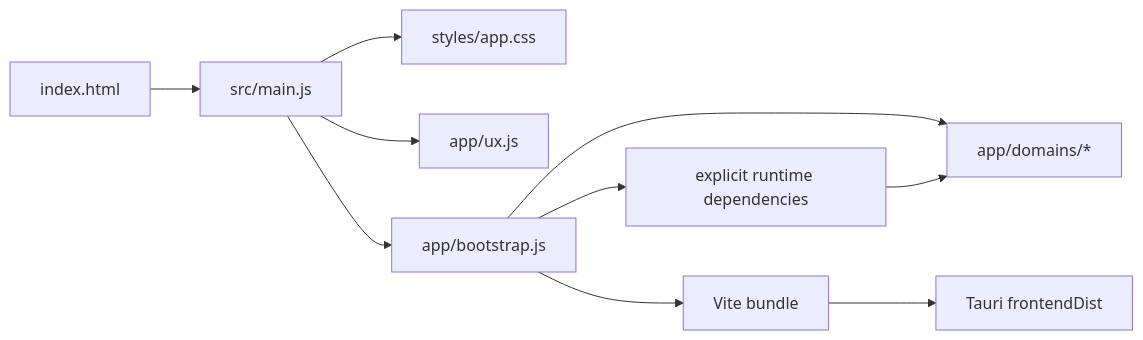
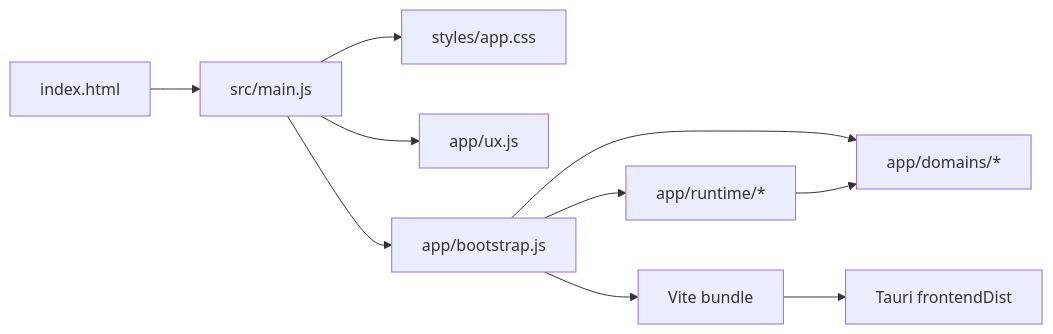
The diagram in docs/architecture.md (cbhandsun/https-proxy), drawn with Mermaid before and after one commit. The commit also changed other lines of this file and 14 other files, not shown here.

````diff
--- a/docs/architecture.md
+++ b/docs/architecture.md
@@ -37,12 +38,12 @@
 ```mermaid
 flowchart LR
   HTML["index.html"] --> Main["src/main.js"]
   Main --> Styles["styles/app.css"]
   Main --> UX["app/ux.js"]
   Main --> Bootstrap["app/bootstrap.js"]
   Bootstrap --> Domains["app/domains/*"]
-  Bootstrap --> Runtime["explicit runtime dependencies"]
+  Bootstrap --> Runtime["app/runtime/*"]
   Runtime --> Domains
   Bootstrap --> Vite["Vite bundle"]
   Vite --> Tauri["Tauri frontendDist"]
 ```
````
